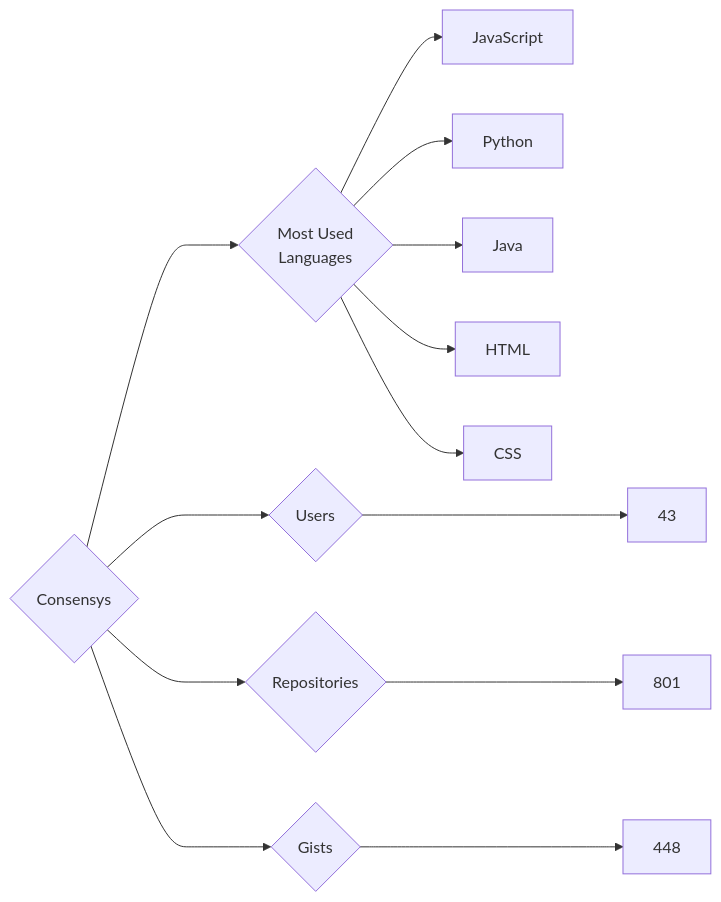
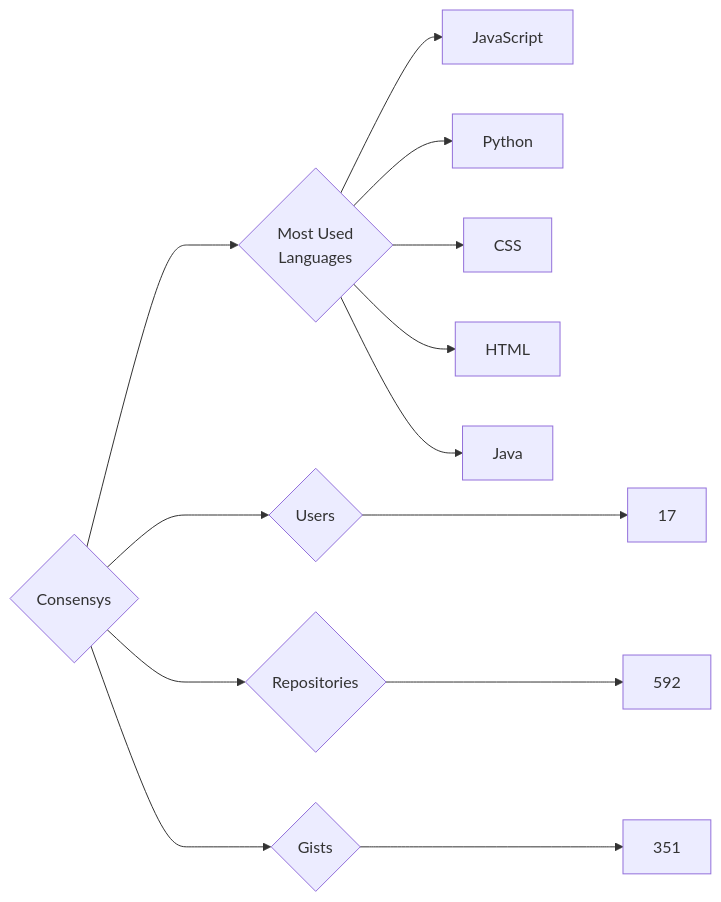
One commit to trickest/insiders changed the diagram in targets/Consensys/README.md. Above: the diagram before and after it, drawn with Mermaid. The commit also changed 772 other files, not shown here.

````diff
--- a/targets/Consensys/README.md
+++ b/targets/Consensys/README.md
@@ -3,13 +3,13 @@
 ```mermaid
 graph LR
 COMPANY_NAME{Consensys}
-COMPANY_NAME ---> U{Users} ---> UN[43]
-COMPANY_NAME ---> R{Repositories} ---> RN[801]
-COMPANY_NAME ---> G{Gists} ---> GN[448]
+COMPANY_NAME ---> U{Users} ---> UN[17]
+COMPANY_NAME ---> R{Repositories} ---> RN[592]
+COMPANY_NAME ---> G{Gists} ---> GN[351]
 COMPANY_NAME ---> ML{Most Used<br>Languages}
 ML --> JavaScript[JavaScript]
 ML --> Python[Python]
+ML --> CSS[CSS]
+ML --> HTML[HTML]
 ML --> Java[Java]
-ML --> HTML[HTML]
-ML --> CSS[CSS]
 ```
````
